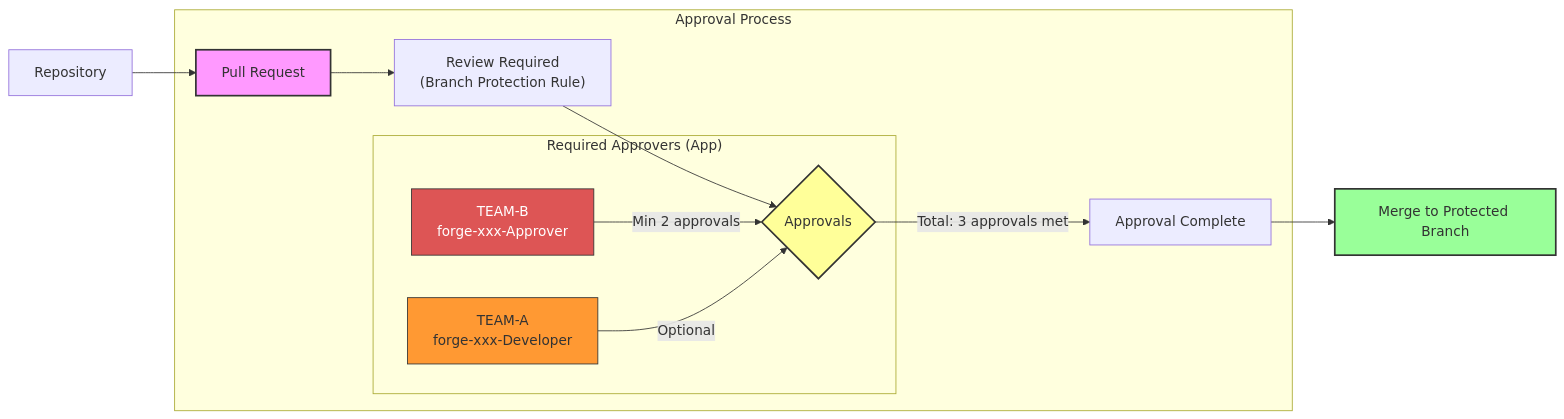
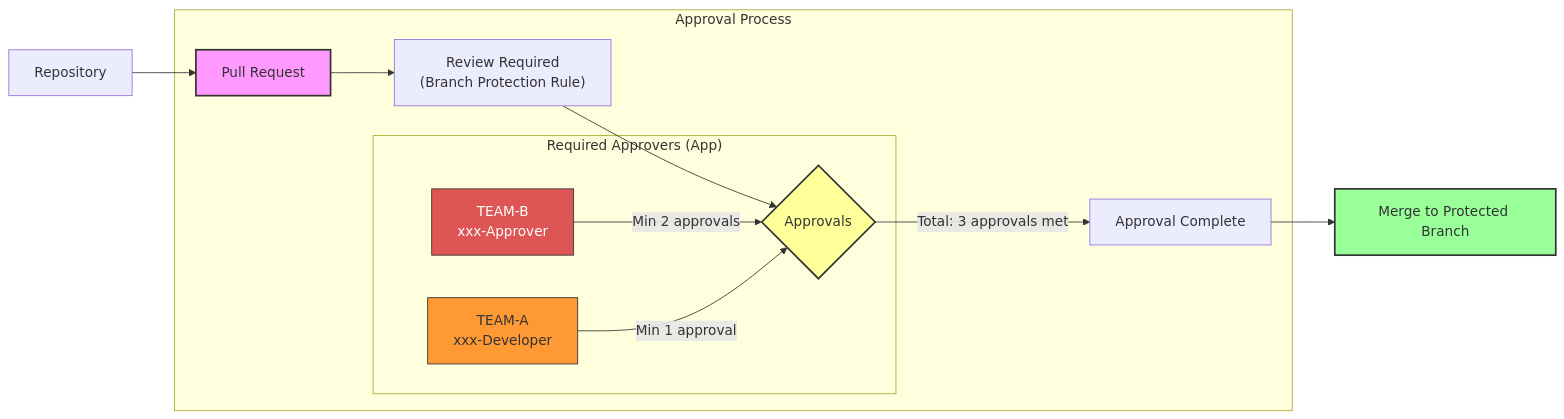
Before and after one commit to jefeish/github-app-team-approval: the diagram in README.md, drawn with Mermaid.

````diff
--- a/README.md
+++ b/README.md
@@ -19,25 +19,25 @@
 ```mermaid
 graph LR
     Repo[Repository] --> PR[Pull Request]
     
     subgraph "Approval Process"
         PR --> A["Review Required<br>(Branch Protection Rule)"]
         A --> B{Approvals}
         
         subgraph "Required Approvers (App)"
-            TeamB[TEAM-B<br>forge-xxx-Approver] -->|Min 2 approvals| B
-            TeamA[TEAM-A<br>forge-xxx-Developer] -->|Optional| B
+            TeamB[TEAM-B<br>xxx-Approver] -->|Min 2 approvals| B
+            TeamA[TEAM-A<br>xxx-Developer] -->|Min 1 approval| B
         end
         
         B -->|Total: 3 approvals met| C[Approval Complete]
     end
     
     C --> Merge[Merge to Protected Branch]
     
     style PR fill: #f9f,stroke:#333,stroke-width:2px
     style TeamA fill: #FF9933,stroke:#333,stroke-width:1px
     style TeamB color: #fff, fill:#d55,stroke:#333,stroke-width:1px
     style B fill:#ff9,stroke:#333,stroke-width:2px
     style Merge fill:#9f9,stroke:#333,stroke-width:2px
     
 ```
````
